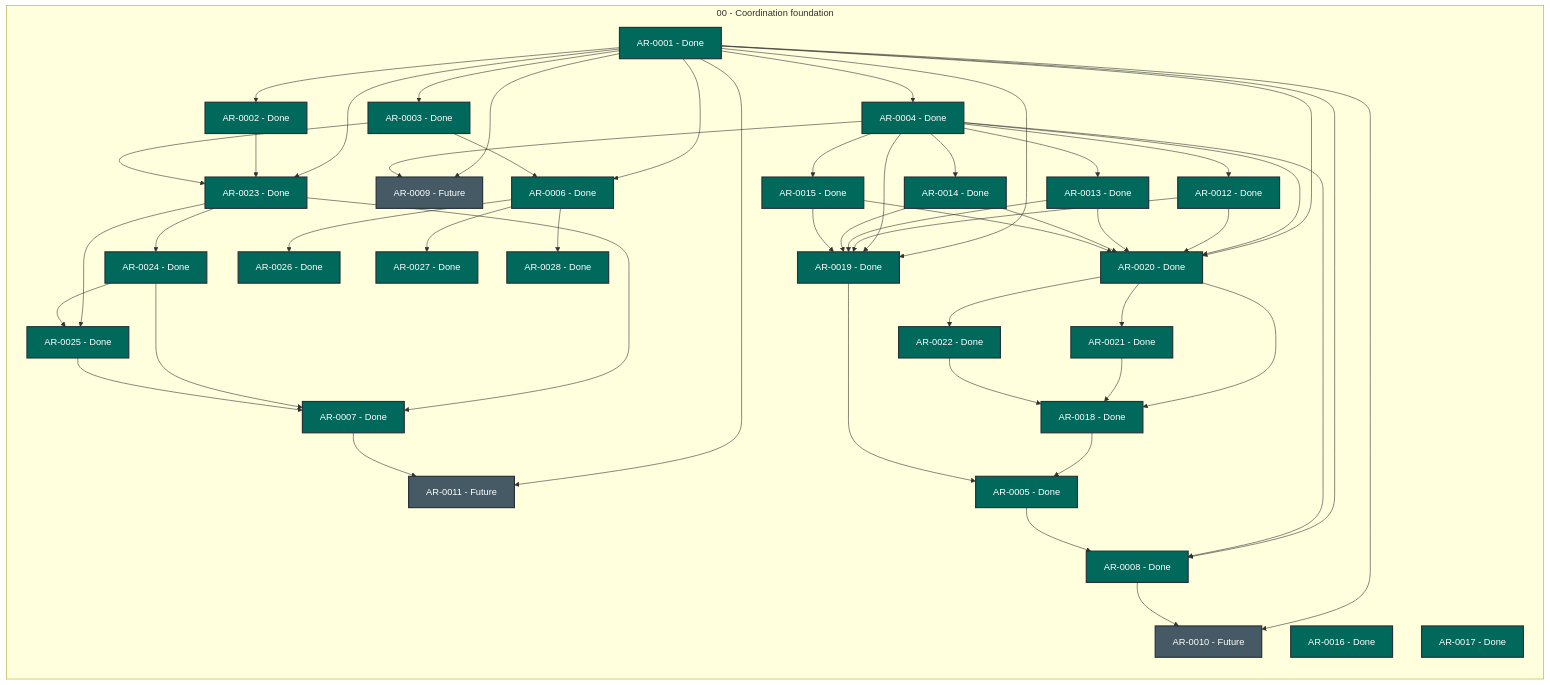
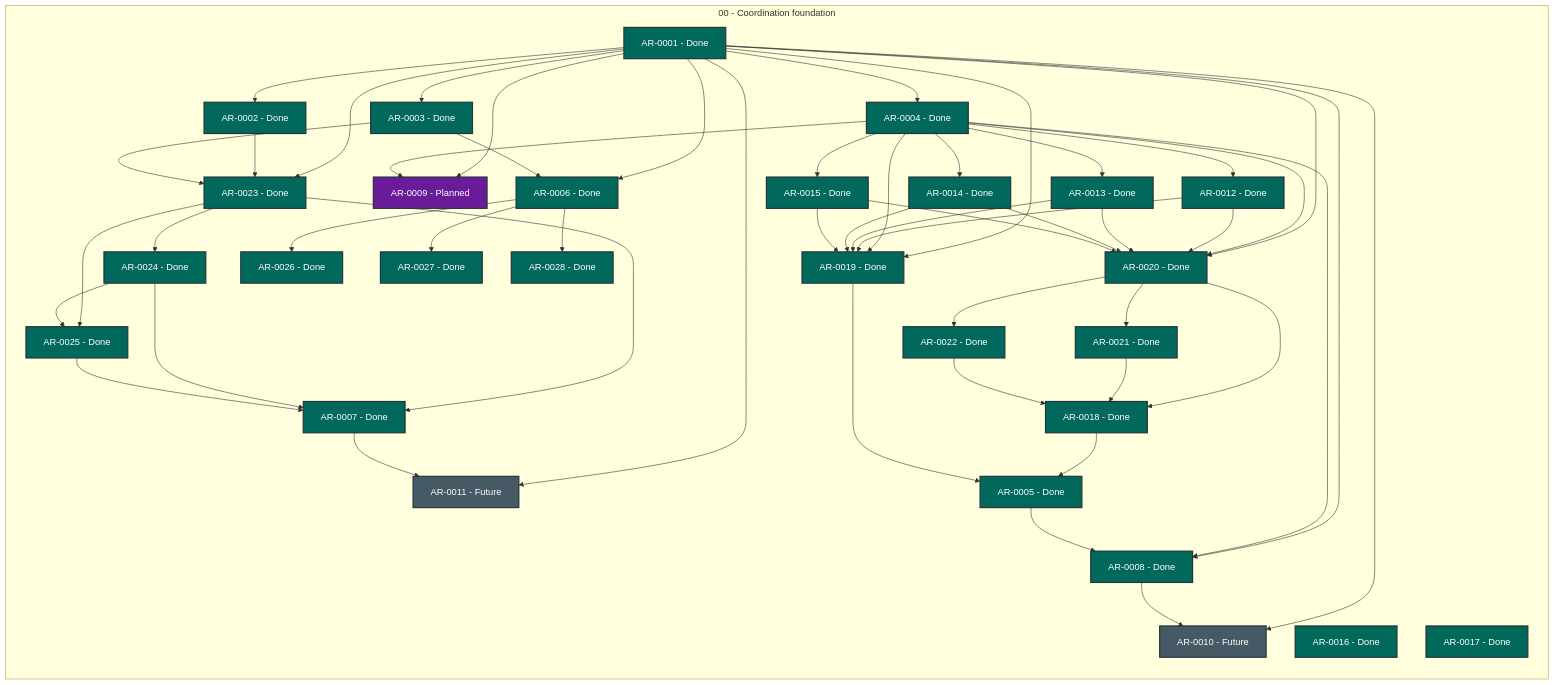
The diagram in STATUS.md (martin-beck/agent-workflow-quality-state), drawn with Mermaid before and after one commit. The commit also changed other lines of this file and 1 other file, not shown here.

```diff
--- a/STATUS.md
+++ b/STATUS.md
@@ -36,7 +36,7 @@
         AR_0006["AR-0006 - Done"]:::status_done
         AR_0007["AR-0007 - Done"]:::status_done
         AR_0008["AR-0008 - Done"]:::status_done
-        AR_0009["AR-0009 - Future"]:::status_future
+        AR_0009["AR-0009 - Planned"]:::status_planned
         AR_0010["AR-0010 - Future"]:::status_future
         AR_0011["AR-0011 - Future"]:::status_future
         AR_0012["AR-0012 - Done"]:::status_done
```
